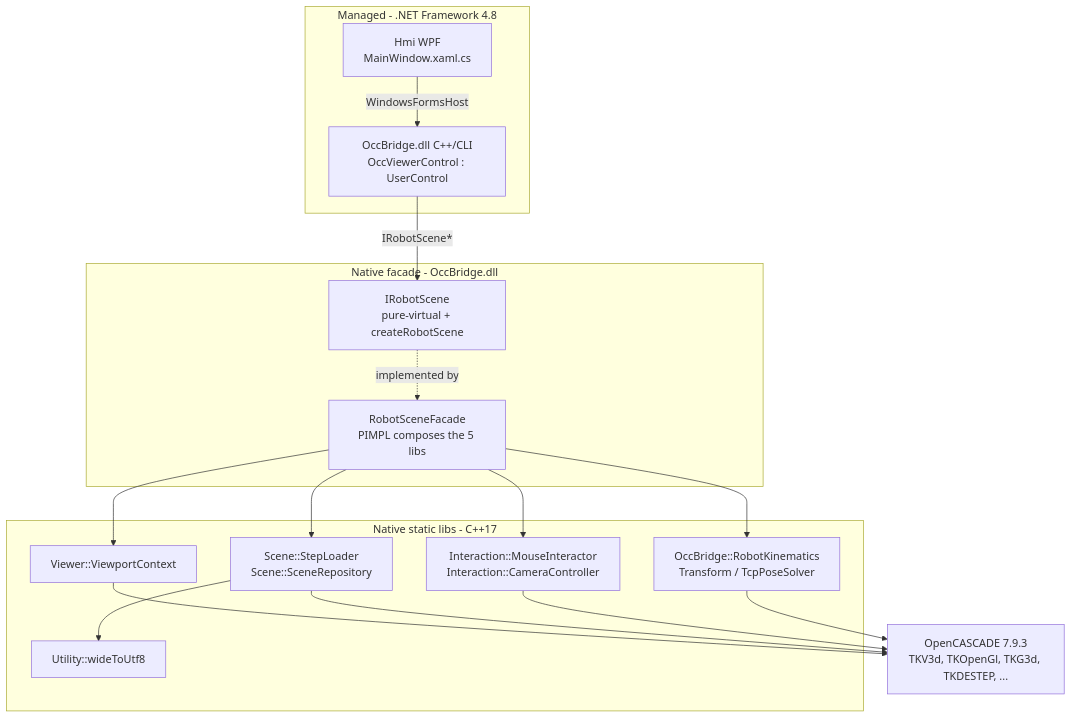
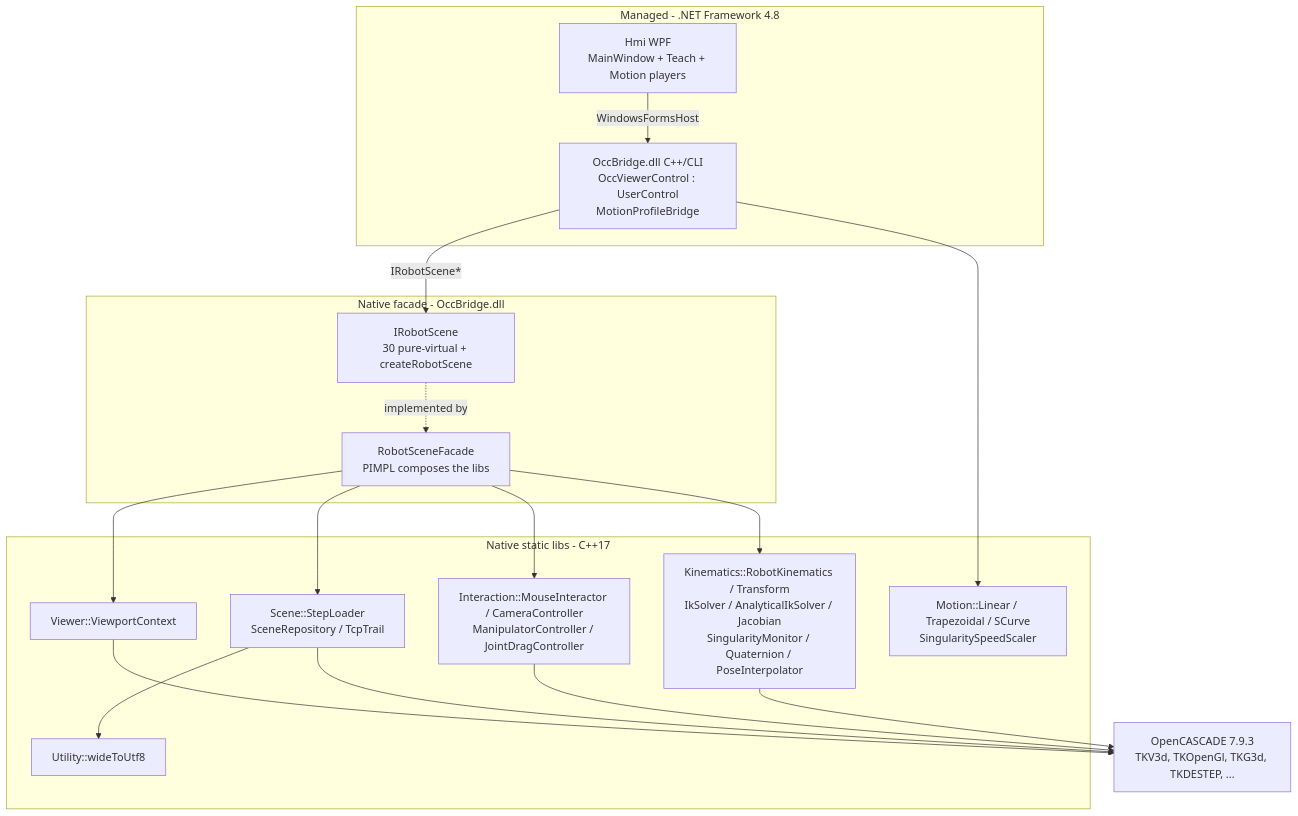
One commit to ChengChengYang0416/robot-simulation changed the first of 3 diagrams in Docs/README.md. Above: the diagram before and after it, drawn with Mermaid. The commit also changed other lines of this file, not shown here.

````diff
--- a/Docs/README.md
+++ b/Docs/README.md
@@ -60,32 +80,34 @@
 ```mermaid
 flowchart TB
     subgraph Managed[Managed - .NET Framework 4.8]
-        UI[Hmi WPF<br/>MainWindow.xaml.cs]
-        Bridge[OccBridge.dll C++/CLI<br/>OccViewerControl : UserControl]
+        UI[Hmi WPF<br/>MainWindow + Teach + Motion players]
+        Bridge[OccBridge.dll C++/CLI<br/>OccViewerControl : UserControl<br/>MotionProfileBridge]
     end
     subgraph Facade[Native facade - OccBridge.dll]
-        IRS[IRobotScene<br/>pure-virtual + createRobotScene]
-        RSF[RobotSceneFacade<br/>PIMPL composes the 5 libs]
+        IRS[IRobotScene<br/>30 pure-virtual + createRobotScene]
+        RSF[RobotSceneFacade<br/>PIMPL composes the libs]
     end
     subgraph Libs[Native static libs - C++17]
         VW[Viewer::ViewportContext]
-        SC[Scene::StepLoader<br/>Scene::SceneRepository]
-        IN[Interaction::MouseInteractor<br/>Interaction::CameraController]
-        KN[OccBridge::RobotKinematics<br/>Transform / TcpPoseSolver]
+        SC[Scene::StepLoader<br/>SceneRepository / TcpTrail]
+        IN[Interaction::MouseInteractor / CameraController<br/>ManipulatorController / JointDragController]
+        KN[Kinematics::RobotKinematics / Transform<br/>IkSolver / AnalyticalIkSolver / Jacobian<br/>SingularityMonitor / Quaternion / PoseInterpolator]
+        MO[Motion::Linear / Trapezoidal / SCurve<br/>SingularitySpeedScaler]
         UT[Utility::wideToUtf8]
     end
     OCCT[OpenCASCADE 7.9.3<br/>TKV3d, TKOpenGl, TKG3d, TKDESTEP, ...]
 
     UI -- WindowsFormsHost --> Bridge
     Bridge -- IRobotScene* --> IRS
     IRS -. implemented by .-> RSF
     RSF --> VW
     RSF --> SC
     RSF --> IN
     RSF --> KN
+    Bridge --> MO
     SC --> UT
     VW --> OCCT
     SC --> OCCT
     IN --> OCCT
     KN --> OCCT
 ```
````
